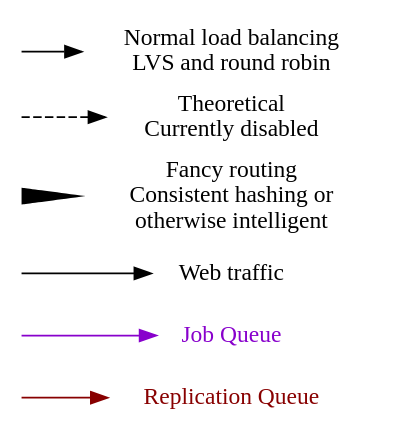
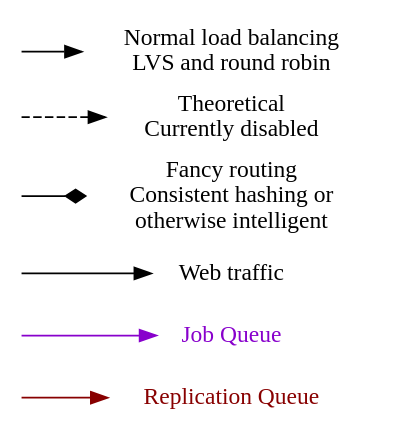
The diagram in key.dot (nik9000/wikimedia_diagram), drawn with Graphviz before and after one commit. The commit also changed 3 other files, not shown here.

```diff
--- a/key.dot
+++ b/key.dot
@@ -1,23 +1,23 @@
 digraph key {
   nodesep=0.01;
   rankdir="LR";
   node [style=invis, shape=none, fixedsize=true, width=0, label=""];
 
   replication_color_from -> replication_color [color="#880000"];
   replication_color [style=solid, fixedsize=false, label="Replication Queue", fontcolor="#880000"];
 
   job_color_from -> job_color [color="#8800cc"];
   job_color [style=solid, fixedsize=false, label="Job Queue", fontcolor="#8800cc"];
 
   web_color_from -> web_color;
   web_color [style=solid, fixedsize=false, label="Web traffic"];
 
-  fancy_from -> fancy [style=tapered, penwidth=10, arrowhead=none];
+  fancy_from -> fancy [arrowhead=diamond];
   fancy [style=solid, fixedsize=false, label="Fancy routing\nConsistent hashing or\notherwise intelligent"];
 
   disabled_from -> disabled [style=dashed];
   disabled [style=solid, fixedsize=false, label="Theoretical\nCurrently disabled"];
 
   noraml_from -> normal;
   normal [style=solid, fixedsize=false, label="Normal load balancing\nLVS and round robin"];
 }
```
